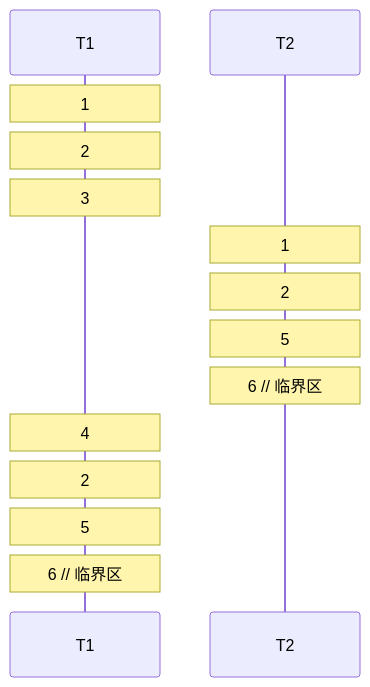
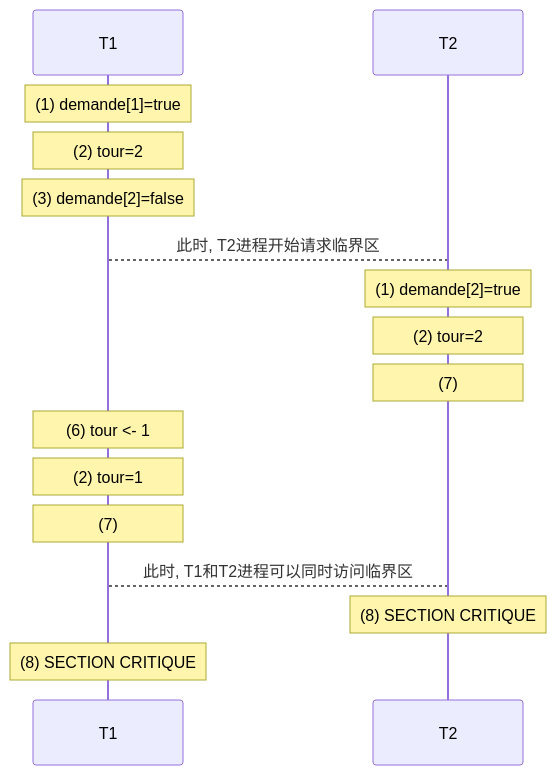
Before and after one commit to Dave0126/S7_2A_SN_ENSEEIHT: the first of 5 diagrams in UE-Systèmes Concurrents et Communicants/Systèmes Concurrents/Examens/Tutorat_21  concurrent systeme.md, drawn with Mermaid. The commit also changed other lines of this file, not shown here.

````diff
--- a/UE-Systèmes Concurrents et Communicants/Systèmes Concurrents/Examens/Tutorat_21  concurrent systeme.md
+++ b/UE-Systèmes Concurrents et Communicants/Systèmes Concurrents/Examens/Tutorat_21  concurrent systeme.md
@@ -31,17 +31,23 @@
    ```mermaid
    sequenceDiagram
        participant T1
        participant T2
        
-       Note over T1 :1
-       Note over T1 :2
-       Note over T1 :3
-       Note over T2 :1
-       Note over T2 :2
-       Note over T2 :5
-       Note over T2 :6 // 临界区
-       Note over T1 :4
-       Note over T1 :2
-       Note over T1 :5
-       Note over T1 :6 // 临界区
+       Note over T1 :(1) demande[1]=true
+       Note over T1 :(2) tour=2
+       Note over T1 :(3) demande[2]=false
+       
+       T1 --> T2 : 此时, T2进程开始请求临界区
+       
+       Note over T2 :(1) demande[2]=true
+       Note over T2 :(2) tour=2
+       Note over T2 :(7)
+       
+       Note over T1 :(6) tour <- 1
+       Note over T1 :(2) tour=1
+       Note over T1 :(7)
+       
+       T1 --> T2 : 此时, T1和T2进程可以同时访问临界区
+       Note over T2 :(8) SECTION CRITIQUE
+       Note over T1 :(8) SECTION CRITIQUE
    ```
````
